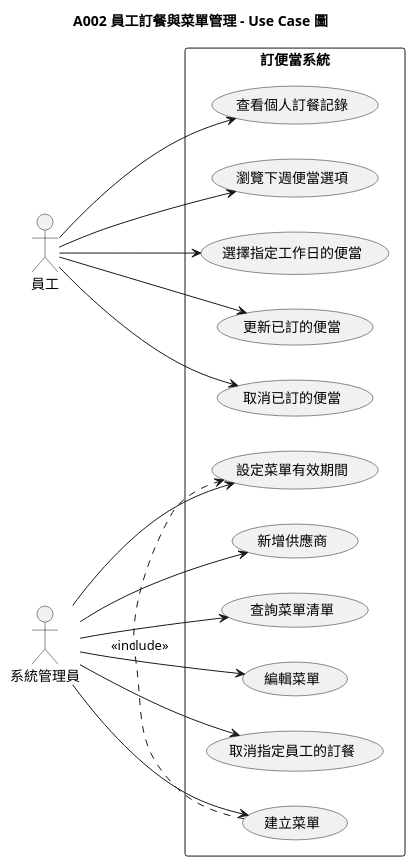
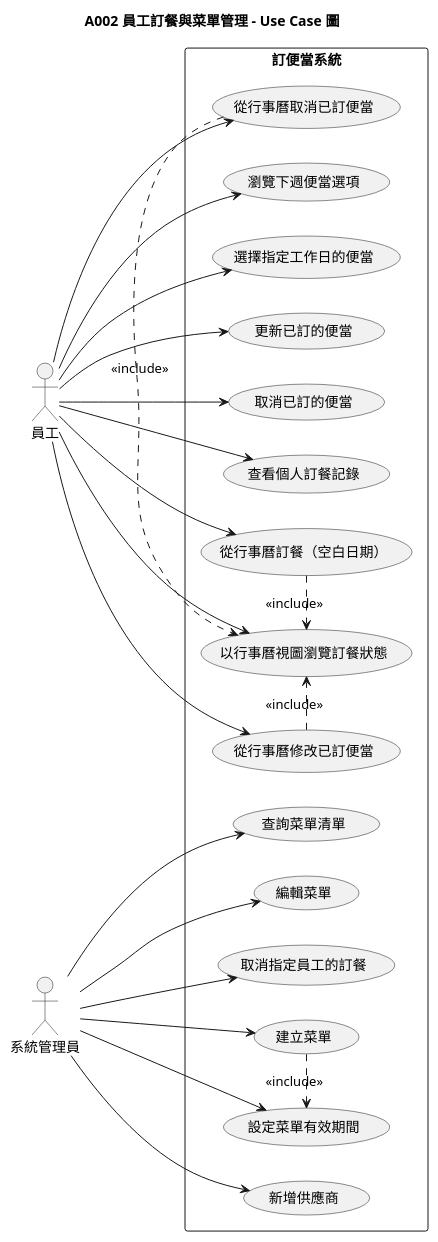
Before and after one commit to teyhawzhe/bento-uml: the diagram in output/A002/A002-usecase.puml, drawn with PlantUML. The commit also changed 6 other files, not shown here.

```diff
--- a/output/A002/A002-usecase.puml
+++ b/output/A002/A002-usecase.puml
@@ -1,38 +1,50 @@
 @startuml A002-usecase
 
 left to right direction
 title A002 員工訂餐與菜單管理 - Use Case 圖
 
 actor 員工
 actor 系統管理員
 
 rectangle 訂便當系統 {
+  usecase "以行事曆視圖瀏覽訂餐狀態" as UC12
+  usecase "從行事曆訂餐（空白日期）" as UC13
+  usecase "從行事曆修改已訂便當" as UC14
+  usecase "從行事曆取消已訂便當" as UC15
   usecase "瀏覽下週便當選項" as UC1
   usecase "選擇指定工作日的便當" as UC2
   usecase "更新已訂的便當" as UC8
   usecase "取消已訂的便當" as UC3
   usecase "查看個人訂餐記錄" as UC4
   usecase "新增供應商" as UC11
   usecase "建立菜單" as UC5
   usecase "設定菜單有效期間" as UC6
   usecase "查詢菜單清單" as UC9
   usecase "編輯菜單" as UC10
   usecase "取消指定員工的訂餐" as UC7
 }
 
+員工 --> UC12
+員工 --> UC13
+員工 --> UC14
+員工 --> UC15
 員工 --> UC1
 員工 --> UC2
 員工 --> UC8
 員工 --> UC3
 員工 --> UC4
+
+UC13 .> UC12 : <<include>>
+UC14 .> UC12 : <<include>>
+UC15 .> UC12 : <<include>>
 
 系統管理員 --> UC11
 系統管理員 --> UC5
 系統管理員 --> UC6
 系統管理員 --> UC9
 系統管理員 --> UC10
 系統管理員 --> UC7
 
 UC5 .> UC6 : <<include>>
 
 @enduml
```
